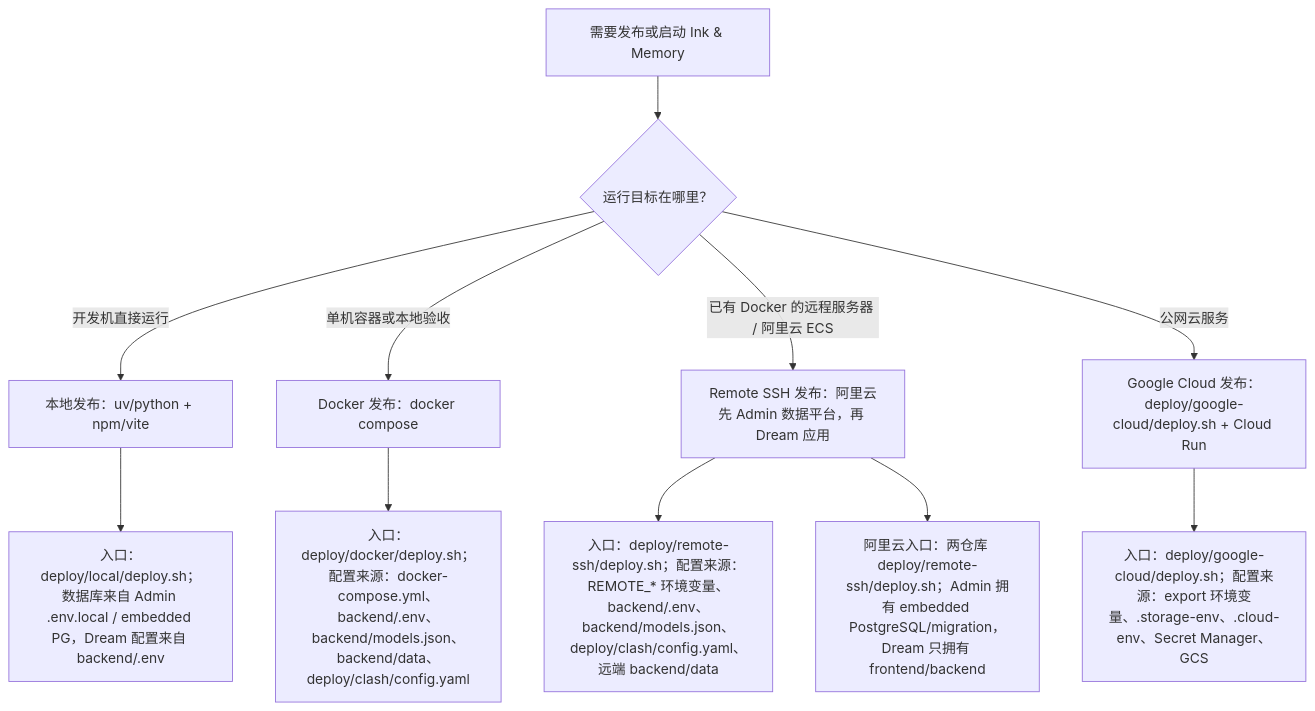
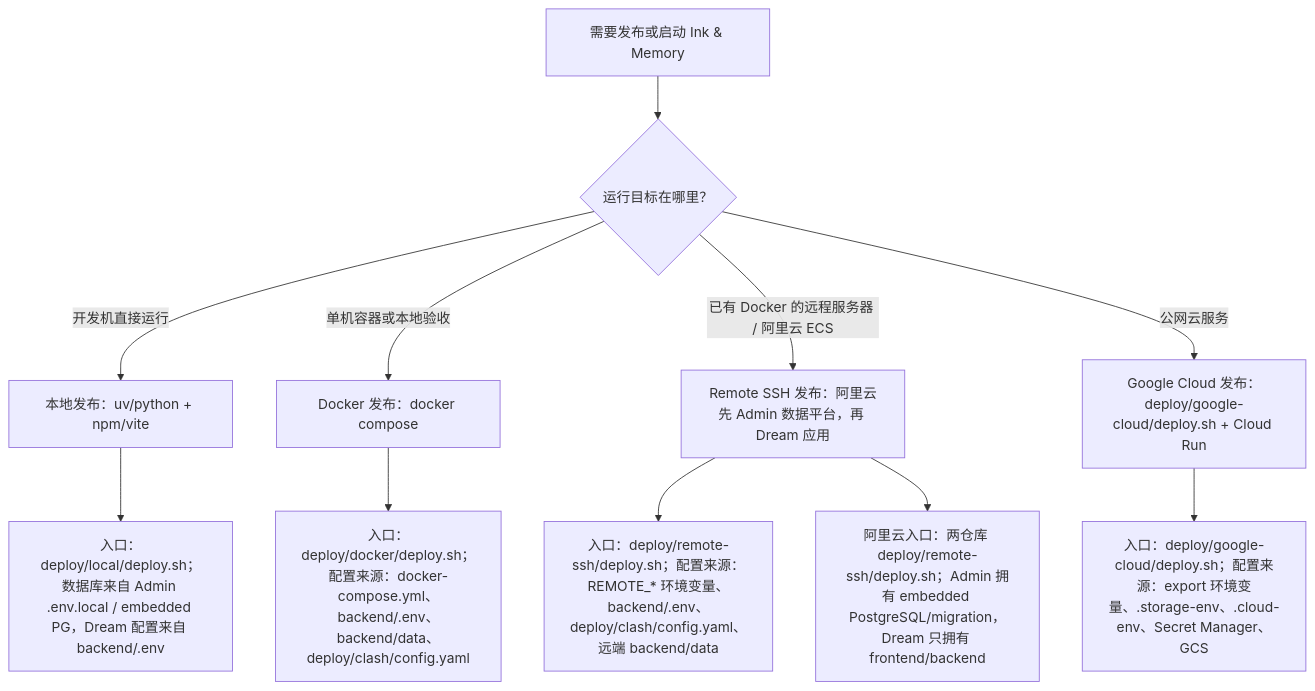
One commit to glide-the/im-dream changed the diagram in docs/deploy/README.md. Above: the diagram before and after it, drawn with Mermaid. The commit also changed other lines of this file and 136 other files, not shown here.

````diff
--- a/docs/deploy/README.md
+++ b/docs/deploy/README.md
@@ -59,13 +60,13 @@
 ```mermaid
 flowchart TD
   A["需要发布或启动 Ink & Memory"] --> B{"运行目标在哪里？"}
   B -->|"开发机直接运行"| C["本地发布：uv/python + npm/vite"]
   B -->|"单机容器或本地验收"| D["Docker 发布：docker compose"]
   B -->|"已有 Docker 的远程服务器 / 阿里云 ECS"| R["Remote SSH 发布：阿里云先 Admin 数据平台，再 Dream 应用"]
   B -->|"公网云服务"| E["Google Cloud 发布：deploy/google-cloud/deploy.sh + Cloud Run"]
   C --> F["入口：deploy/local/deploy.sh；数据库来自 Admin .env.local / embedded PG，Dream 配置来自 backend/.env"]
-  D --> G["入口：deploy/docker/deploy.sh；配置来源：docker-compose.yml、backend/.env、backend/models.json、backend/data、deploy/clash/config.yaml"]
-  R --> I["入口：deploy/remote-ssh/deploy.sh；配置来源：REMOTE_* 环境变量、backend/.env、backend/models.json、deploy/clash/config.yaml、远端 backend/data"]
+  D --> G["入口：deploy/docker/deploy.sh；配置来源：docker-compose.yml、backend/.env、backend/data、deploy/clash/config.yaml"]
+  R --> I["入口：deploy/remote-ssh/deploy.sh；配置来源：REMOTE_* 环境变量、backend/.env、deploy/clash/config.yaml、远端 backend/data"]
   R --> J["阿里云入口：两仓库 deploy/remote-ssh/deploy.sh；Admin 拥有 embedded PostgreSQL/migration，Dream 只拥有 frontend/backend"]
   E --> H["入口：deploy/google-cloud/deploy.sh；配置来源：export 环境变量、.storage-env、.cloud-env、Secret Manager、GCS"]
 ```
````
